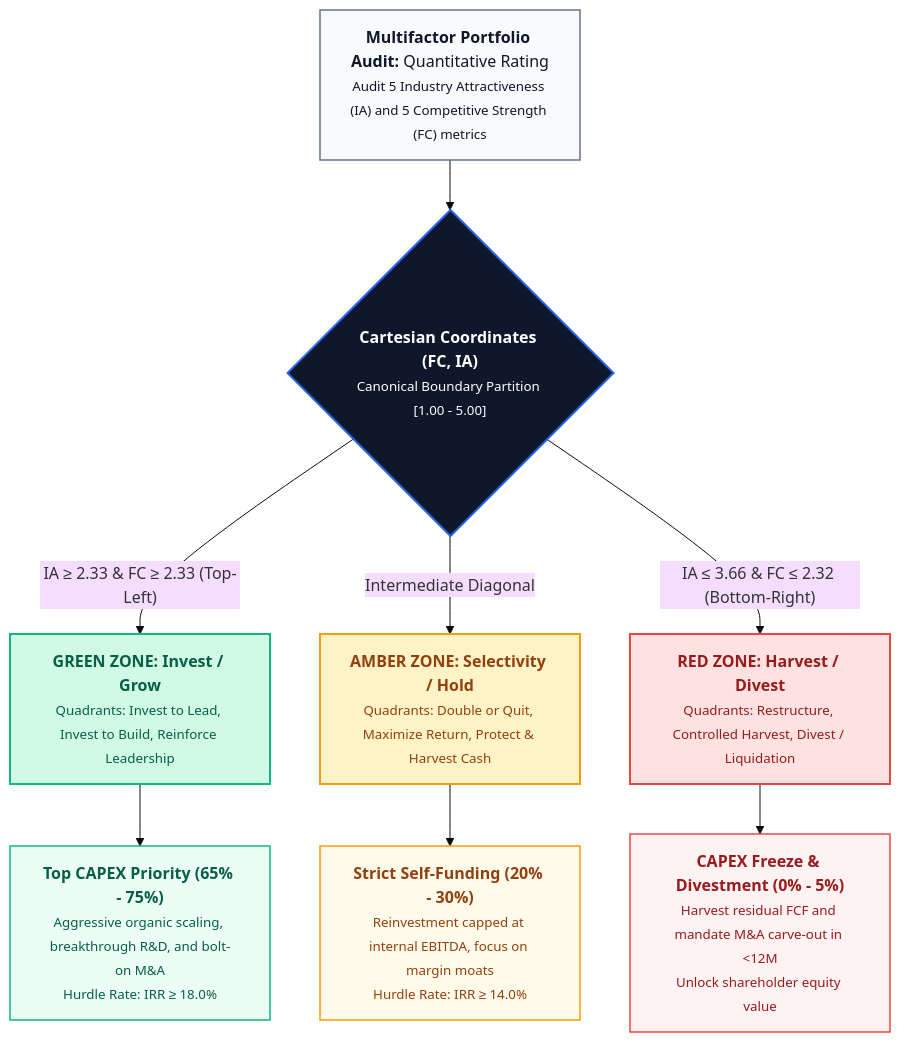
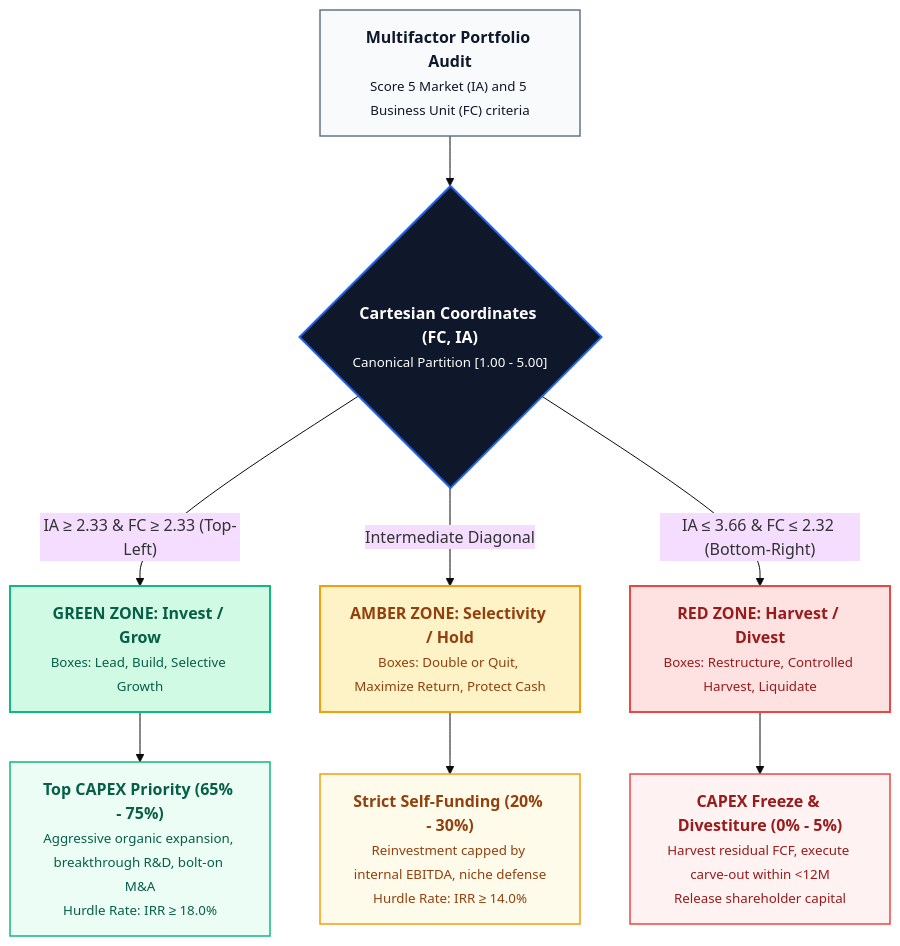
One commit to Dalaez/datalaria-website changed the third of 3 diagrams in content/en/posts/mckinsey-ge-matrix/index.md. Above: the diagram before and after it, drawn with Mermaid (base theme). The commit also changed other lines of this file and 107 other files, not shown here.

```diff
--- a/content/en/posts/mckinsey-ge-matrix/index.md
+++ b/content/en/posts/mckinsey-ge-matrix/index.md
@@ -28,32 +193,32 @@
 {{< mermaid >}}
 flowchart TD
-    A["<b>Multifactor Portfolio Audit:</b> Quantitative Rating<br/><small>Audit 5 Industry Attractiveness (IA) and 5 Competitive Strength (FC) metrics</small>"]
+    A["<b>Multifactor Portfolio Audit</b><br/><small>Score 5 Market (IA) and 5 Business Unit (FC) criteria</small>"]
     
-    B{"<b>Cartesian Coordinates (FC, IA)</b><br/><small>Canonical Boundary Partition [1.00 - 5.00]</small>"}
+    B{"<b>Cartesian Coordinates (FC, IA)</b><br/><small>Canonical Partition [1.00 - 5.00]</small>"}
     
-    C["<b>GREEN ZONE: Invest / Grow</b><br/><small>Quadrants: Invest to Lead, Invest to Build, Reinforce Leadership</small>"]
-    D["<b>AMBER ZONE: Selectivity / Hold</b><br/><small>Quadrants: Double or Quit, Maximize Return, Protect & Harvest Cash</small>"]
-    E["<b>RED ZONE: Harvest / Divest</b><br/><small>Quadrants: Restructure, Controlled Harvest, Divest / Liquidation</small>"]
+    C["<b>GREEN ZONE: Invest / Grow</b><br/><small>Boxes: Lead, Build, Selective Growth</small>"]
+    D["<b>AMBER ZONE: Selectivity / Hold</b><br/><small>Boxes: Double or Quit, Maximize Return, Protect Cash</small>"]
+    E["<b>RED ZONE: Harvest / Divest</b><br/><small>Boxes: Restructure, Controlled Harvest, Liquidate</small>"]
     
-    C1["<b>Top CAPEX Priority (65% - 75%)</b><br/><small>Aggressive organic scaling, breakthrough R&D, and bolt-on M&A<br/>Hurdle Rate: IRR &ge; 18.0%</small>"]
-    D1["<b>Strict Self-Funding (20% - 30%)</b><br/><small>Reinvestment capped at internal EBITDA, focus on margin moats<br/>Hurdle Rate: IRR &ge; 14.0%</small>"]
-    E1["<b>CAPEX Freeze & Divestment (0% - 5%)</b><br/><small>Harvest residual FCF and mandate M&A carve-out in &lt;12M<br/>Unlock shareholder equity value</small>"]
+    C1["<b>Top CAPEX Priority (65% - 75%)</b><br/><small>Aggressive organic expansion, breakthrough R&D, bolt-on M&A<br/>Hurdle Rate: IRR &ge; 18.0%</small>"]
+    D1["<b>Strict Self-Funding (20% - 30%)</b><br/><small>Reinvestment capped by internal EBITDA, niche defense<br/>Hurdle Rate: IRR &ge; 14.0%</small>"]
+    E1["<b>CAPEX Freeze & Divestiture (0% - 5%)</b><br/><small>Harvest residual FCF, execute carve-out within &lt;12M<br/>Release shareholder capital</small>"]
 
     A --> B
     B -->|"IA &ge; 2.33 & FC &ge; 2.33 (Top-Left)"| C
     B -->|"Intermediate Diagonal"| D
     B -->|"IA &le; 3.66 & FC &le; 2.32 (Bottom-Right)"| E
     
     C --> C1
     D --> D1
     E --> E1
 
     style A fill:#F8FAFC,stroke:#64748B,stroke-width:1.5px,color:#0F172A
     style B fill:#0F172A,stroke:#2563EB,stroke-width:2px,color:#FFFFFF
     style C fill:#D1FAE5,stroke:#10B981,stroke-width:2px,color:#065F46
     style D fill:#FEF3C7,stroke:#F59E0B,stroke-width:2px,color:#92400E
     style E fill:#FEE2E2,stroke:#EF4444,stroke-width:2px,color:#991B1B
     style C1 fill:#ECFDF5,stroke:#10B981,stroke-width:1.5px,color:#065F46
     style D1 fill:#FFFBEB,stroke:#F59E0B,stroke-width:1.5px,color:#92400E
     style E1 fill:#FEF2F2,stroke:#EF4444,stroke-width:1.5px,color:#991B1B
 {{< /mermaid >}}
```
